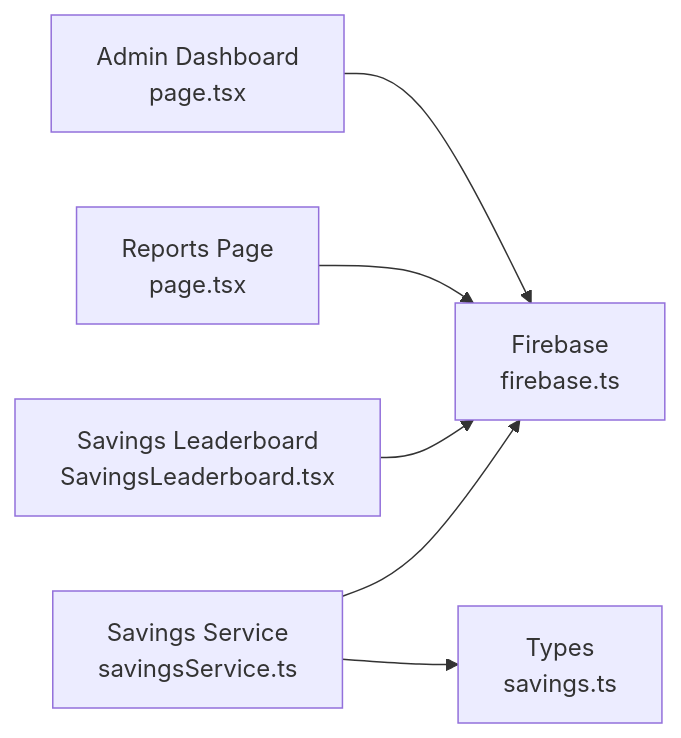
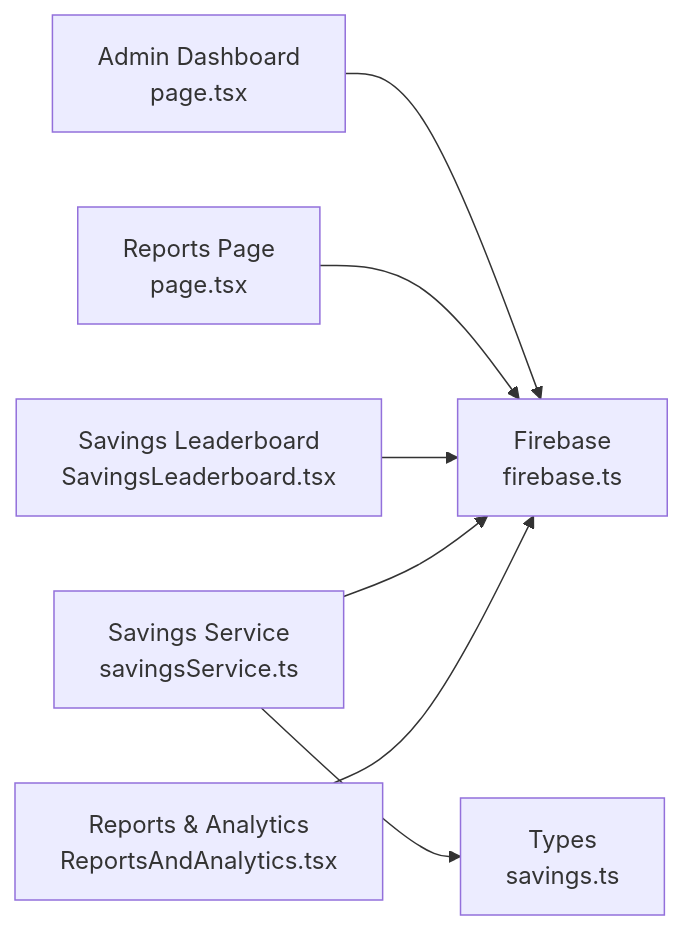
The eighth of 8 diagrams in .qoder/repowiki/en/content/Savings Management System/Savings Leaderboard & Analytics.md (Unsure-bry/sampacoop_system), drawn with Mermaid before and after one commit. The commit also changed other lines of this file and 6 other files, not shown here.

````diff
--- a/.qoder/repowiki/en/content/Savings Management System/Savings Leaderboard & Analytics.md
+++ b/.qoder/repowiki/en/content/Savings Management System/Savings Leaderboard & Analytics.md
@@ -246,8 +315,9 @@
 ```mermaid
 graph LR
 UI_Dashboard["Admin Dashboard<br/>page.tsx"] --> Firebase["Firebase<br/>firebase.ts"]
 UI_Reports["Reports Page<br/>page.tsx"] --> Firebase
 UI_Leaderboard["Savings Leaderboard<br/>SavingsLeaderboard.tsx"] --> Firebase
 Services["Savings Service<br/>savingsService.ts"] --> Firebase
 Services --> Models["Types<br/>savings.ts"]
+ReportsAnalytics["Reports & Analytics<br/>ReportsAndAnalytics.tsx"] --> Firebase
 ```
````
